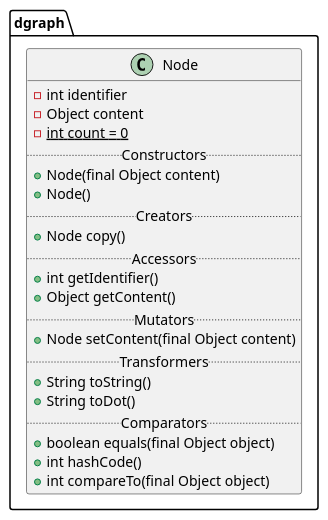
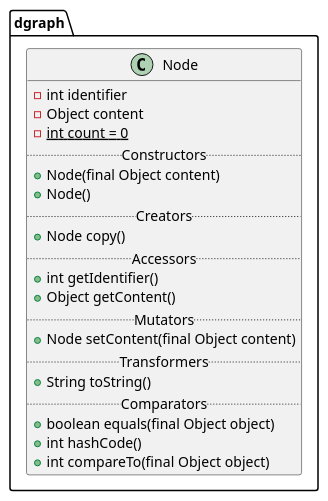
The diagram in src/dgraph/Node.iuml (thegalactic/java-lattices), drawn with PlantUML before and after one commit. The commit also changed 21 other files, not shown here.

```diff
--- a/src/dgraph/Node.iuml
+++ b/src/dgraph/Node.iuml
@@ -1,24 +1,23 @@
 package dgraph {
     class Node {
         -int identifier
         -Object content
         -{static} int count = 0
         .. Constructors ..
         +Node(final Object content)
         +Node()
         .. Creators ..
         +Node copy()
         .. Accessors ..
         +int getIdentifier()
         +Object getContent()
         .. Mutators ..
         +Node setContent(final Object content)
         .. Transformers ..
         +String toString()
-        +String toDot()
         .. Comparators ..
         +boolean equals(final Object object)
         +int hashCode()
         +int compareTo(final Object object)
     }
 }
```
